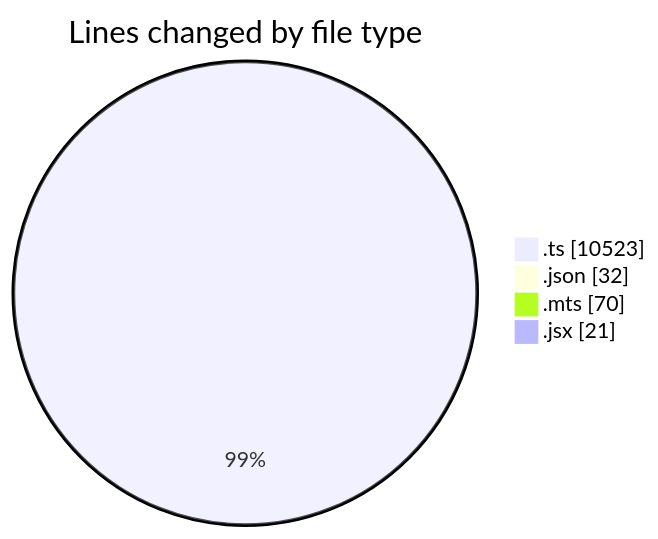
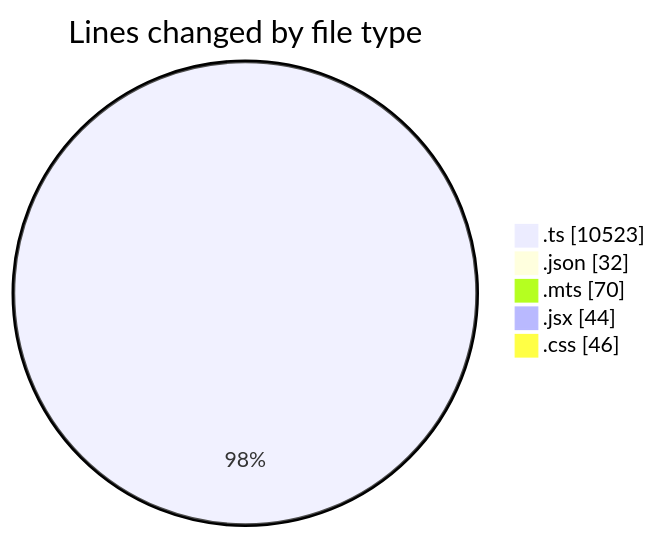
One commit to Ritupan-Deka/code-tracking changed the first of 2 diagrams in 2025-05-25/projects/README.md. Above: the diagram before and after it, drawn with Mermaid. The commit also changed other lines of this file and 1 other file, not shown here.

````diff
--- a/2025-05-25/projects/README.md
+++ b/2025-05-25/projects/README.md
@@ -49,8 +50,9 @@
 ```mermaid
 pie showData
 title Lines changed by file type
 ".ts" : 10523
 ".json" : 32
 ".mts" : 70
-".jsx" : 21
+".jsx" : 44
+".css" : 46
 ```
````
